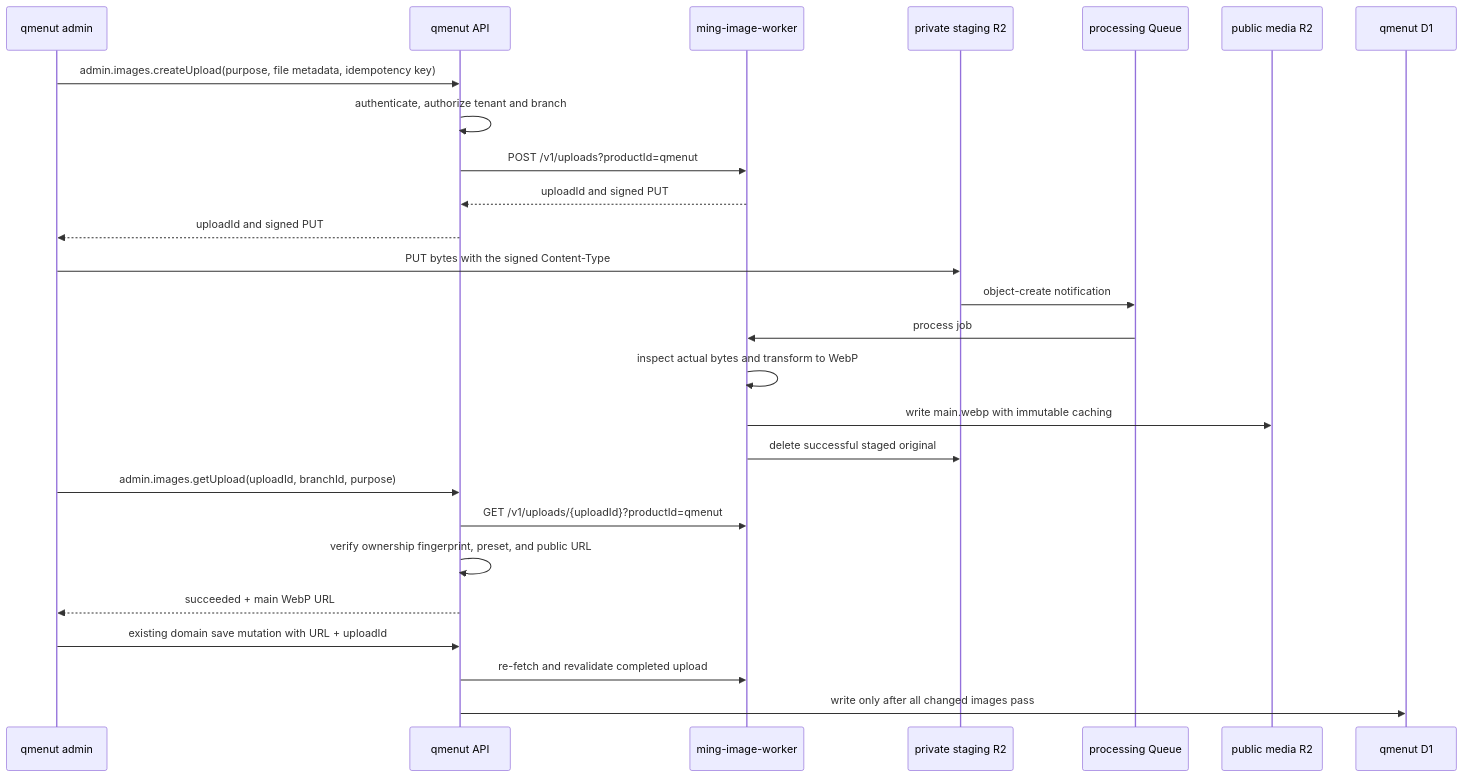
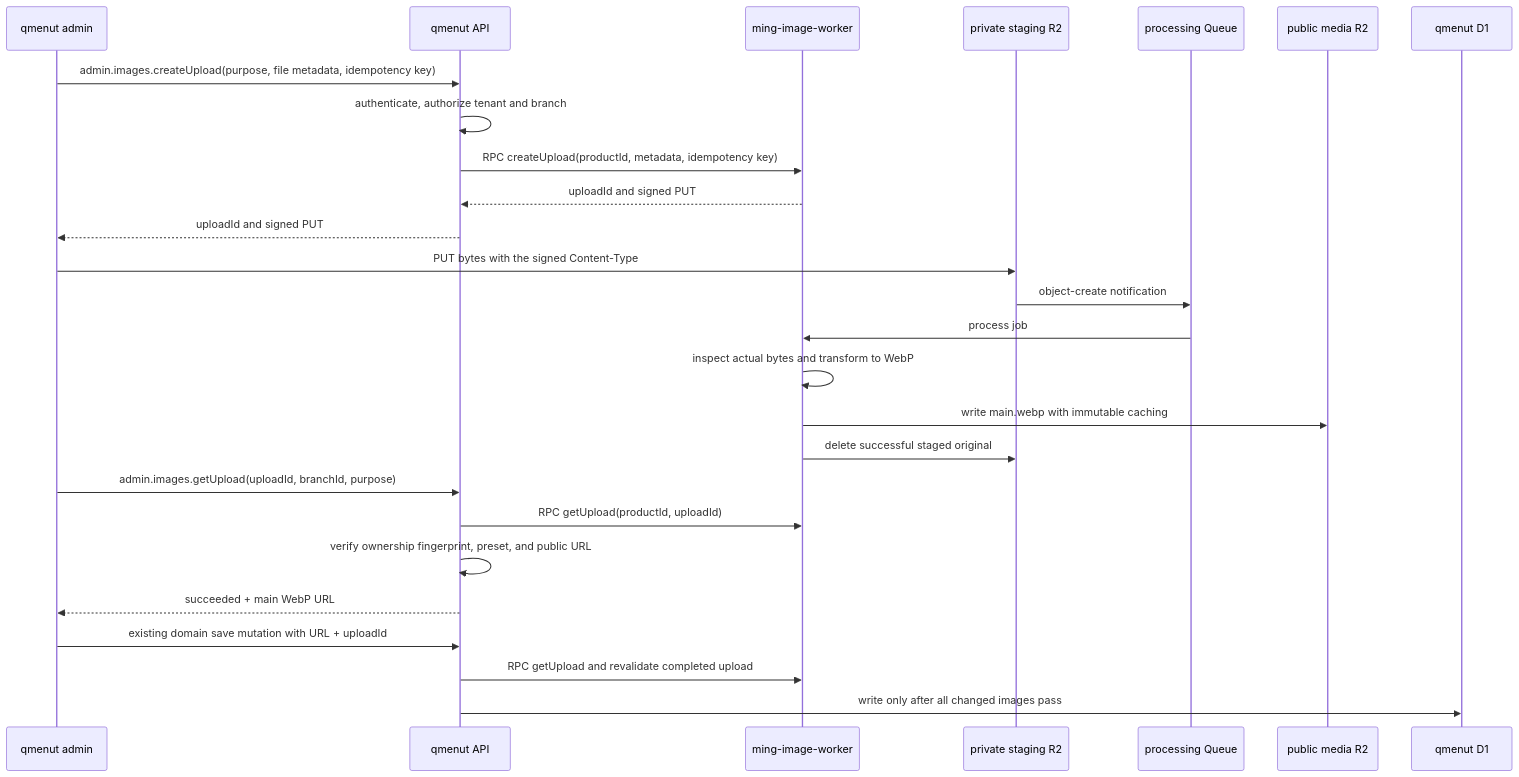
The diagram in docs/operations/image-uploads.md (jmurga97/qmenut), drawn with Mermaid before and after one commit. The commit also changed other lines of this file and 6 other files, not shown here.

````diff
--- a/docs/operations/image-uploads.md
+++ b/docs/operations/image-uploads.md
@@ -40,29 +40,29 @@
 ```mermaid
 sequenceDiagram
     participant A as qmenut admin
     participant API as qmenut API
     participant IW as ming-image-worker
     participant S as private staging R2
     participant Q as processing Queue
     participant M as public media R2
     participant DB as qmenut D1
 
     A->>API: admin.images.createUpload(purpose, file metadata, idempotency key)
     API->>API: authenticate, authorize tenant and branch
-    API->>IW: POST /v1/uploads?productId=qmenut
+    API->>IW: RPC createUpload(productId, metadata, idempotency key)
     IW-->>API: uploadId and signed PUT
     API-->>A: uploadId and signed PUT
     A->>S: PUT bytes with the signed Content-Type
     S->>Q: object-create notification
     Q->>IW: process job
     IW->>IW: inspect actual bytes and transform to WebP
     IW->>M: write main.webp with immutable caching
     IW->>S: delete successful staged original
     A->>API: admin.images.getUpload(uploadId, branchId, purpose)
-    API->>IW: GET /v1/uploads/{uploadId}?productId=qmenut
+    API->>IW: RPC getUpload(productId, uploadId)
     API->>API: verify ownership fingerprint, preset, and public URL
     API-->>A: succeeded + main WebP URL
     A->>API: existing domain save mutation with URL + uploadId
-    API->>IW: re-fetch and revalidate completed upload
+    API->>IW: RPC getUpload and revalidate completed upload
     API->>DB: write only after all changed images pass
 ```
````
